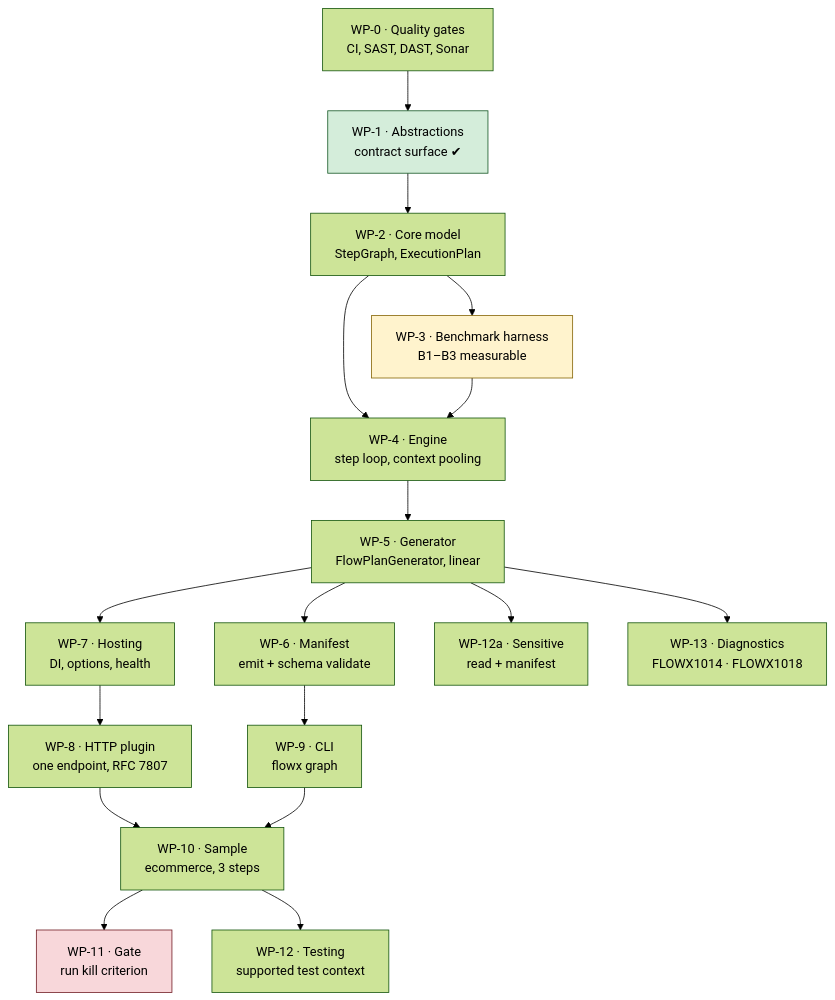
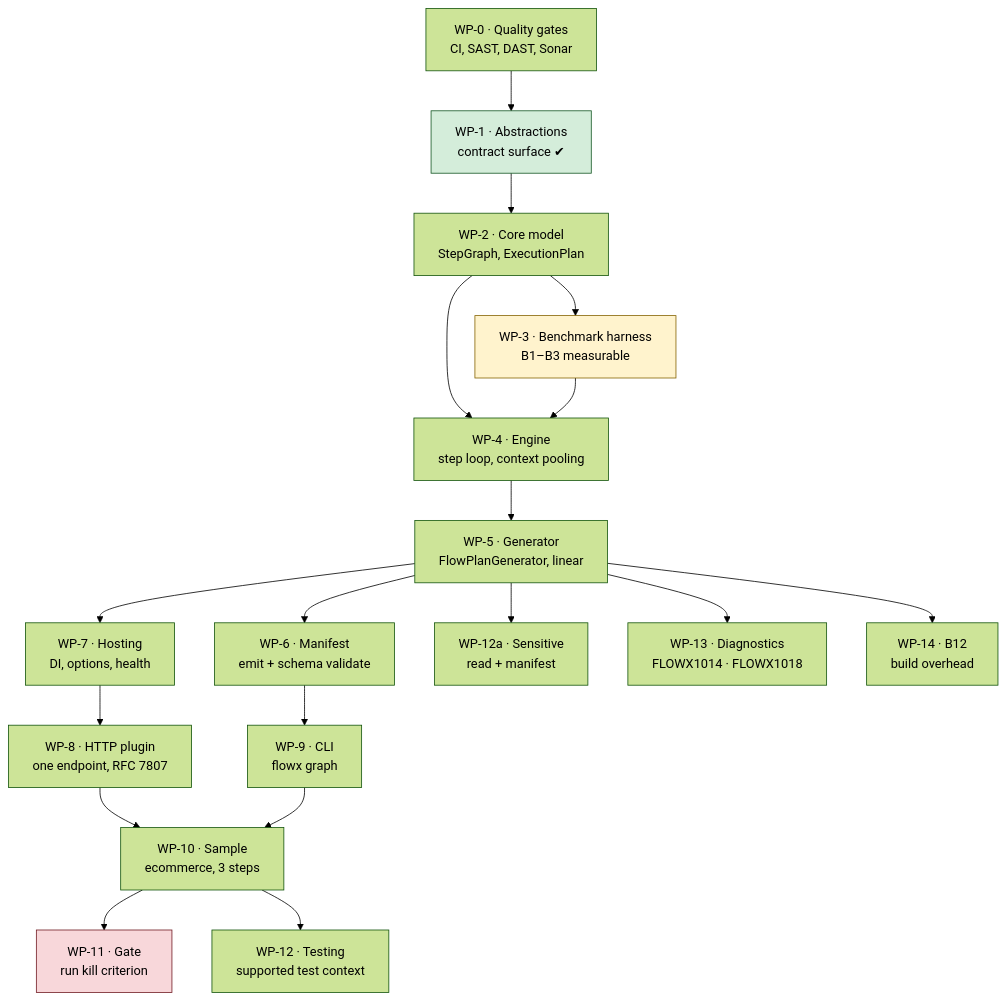
One commit to KhaiTrang1995/NexusFlow changed the diagram in PLAN.md. Above: the diagram before and after it, drawn with Mermaid (forest theme). The commit also changed other lines of this file and 9 other files, not shown here.

````diff
--- a/PLAN.md
+++ b/PLAN.md
@@ -35,33 +35,35 @@
 ```mermaid
 flowchart TD
     WP0["WP-0 · Quality gates<br/>CI, SAST, DAST, Sonar"]
     WP1["WP-1 · Abstractions<br/>contract surface ✔"]
     WP2["WP-2 · Core model<br/>StepGraph, ExecutionPlan"]
     WP3["WP-3 · Benchmark harness<br/>B1–B3 measurable"]
     WP4["WP-4 · Engine<br/>step loop, context pooling"]
     WP5["WP-5 · Generator<br/>FlowPlanGenerator, linear"]
     WP6["WP-6 · Manifest<br/>emit + schema validate"]
     WP7["WP-7 · Hosting<br/>DI, options, health"]
     WP8["WP-8 · HTTP plugin<br/>one endpoint, RFC 7807"]
     WP9["WP-9 · CLI<br/>flowx graph"]
     WP10["WP-10 · Sample<br/>ecommerce, 3 steps"]
     WP11["WP-11 · Gate<br/>run kill criterion"]
     WP12["WP-12 · Testing<br/>supported test context"]
     WP12a["WP-12a · Sensitive<br/>read + manifest"]
     WP13["WP-13 · Diagnostics<br/>FLOWX1014 · FLOWX1018"]
+    WP14["WP-14 · B12<br/>build overhead"]
 
     WP0 --> WP1 --> WP2 --> WP3
     WP2 --> WP4
     WP3 --> WP4
     WP4 --> WP5 --> WP6
     WP5 --> WP7 --> WP8 --> WP10
     WP6 --> WP9 --> WP10
     WP10 --> WP11
     WP10 --> WP12
     WP5 --> WP12a
     WP5 --> WP13
+    WP5 --> WP14
 
     style WP3 fill:#fff3cd,stroke:#856404
     style WP11 fill:#f8d7da,stroke:#721c24
     style WP1 fill:#d4edda,stroke:#155724
 ```
````
